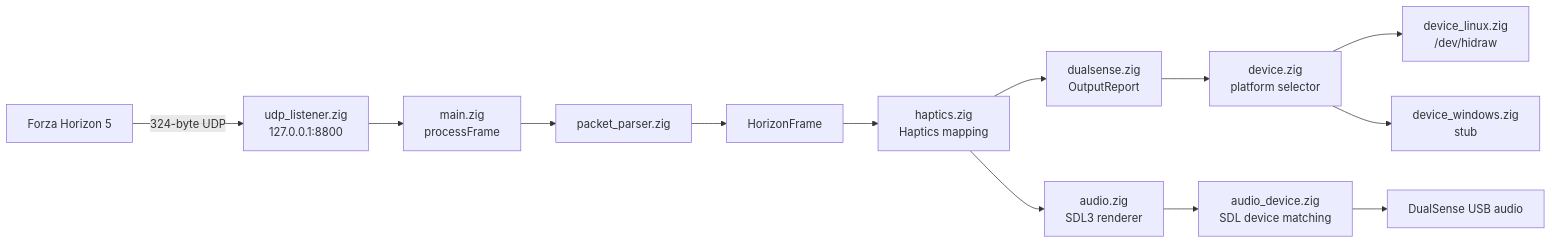
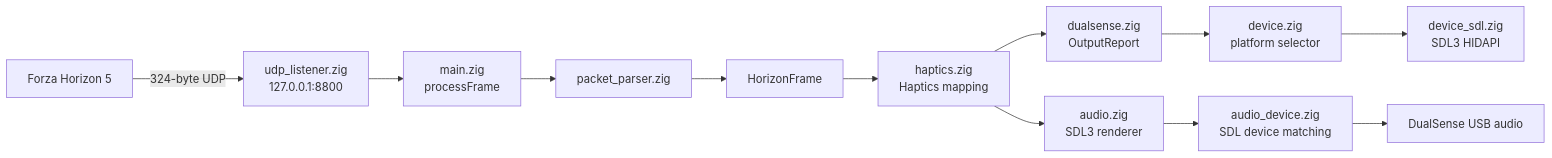
Before and after one commit to FancyBanana/horizon-dualsense-haptics: the first of 2 diagrams in README.md, drawn with Mermaid. The commit also changed other lines of this file and 7 other files, not shown here.

Commit message:
Use SDL HIDAPI for controller access

````diff
--- a/README.md
+++ b/README.md
@@ -25,17 +25,16 @@
 ```mermaid
 flowchart LR
     Game["Forza Horizon 5"] -->|324-byte UDP| Listener["udp_listener.zig<br/>127.0.0.1:8800"]
     Listener --> Main["main.zig<br/>processFrame"]
     Main --> Parser["packet_parser.zig"]
     Parser --> Frame["HorizonFrame"]
     Frame --> Mapping["haptics.zig<br/>Haptics mapping"]
 
     Mapping --> Report["dualsense.zig<br/>OutputReport"]
     Report --> Selector["device.zig<br/>platform selector"]
-    Selector --> Linux["device_linux.zig<br/>/dev/hidraw"]
-    Selector --> Windows["device_windows.zig<br/>stub"]
+    Selector --> Device["device_sdl.zig<br/>SDL3 HIDAPI"]
 
     Mapping --> Audio["audio.zig<br/>SDL3 renderer"]
     Audio --> AudioDevice["audio_device.zig<br/>SDL device matching"]
     AudioDevice --> USBAudio["DualSense USB audio"]
 ```
````
